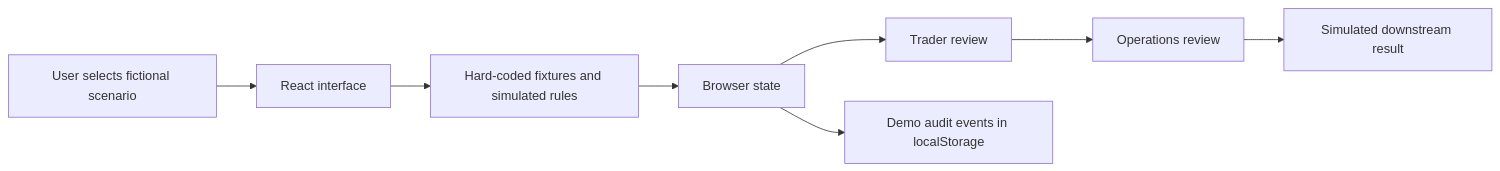
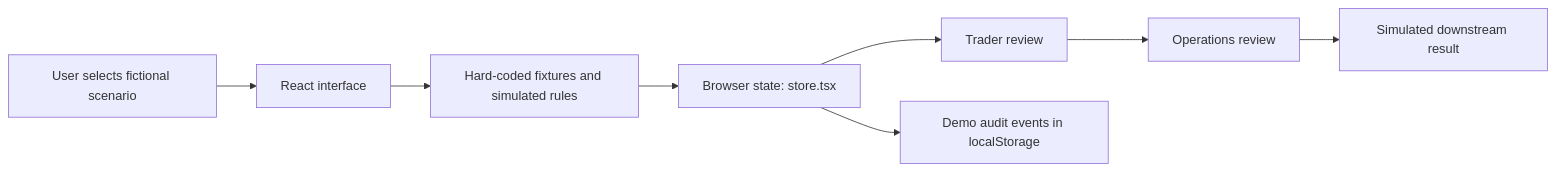
Before and after one commit to GZ-November/finance-workflow-agent-demo: the first of 2 diagrams in README.md, drawn with Mermaid. The commit also changed other lines of this file and 1 other file, not shown here.

Commit message:
docs: enhance architecture, add interview playbook and target LLMOps roadmap

````diff
--- a/README.md
+++ b/README.md
@@ -56,10 +93,10 @@
 ```mermaid
 flowchart LR
     A[User selects fictional scenario] --> B[React interface]
     B --> C[Hard-coded fixtures and simulated rules]
-    C --> D[Browser state]
+    C --> D[Browser state: store.tsx]
     D --> E[Trader review]
     E --> F[Operations review]
     F --> G[Simulated downstream result]
     D --> H[Demo audit events in localStorage]
 ```
````
